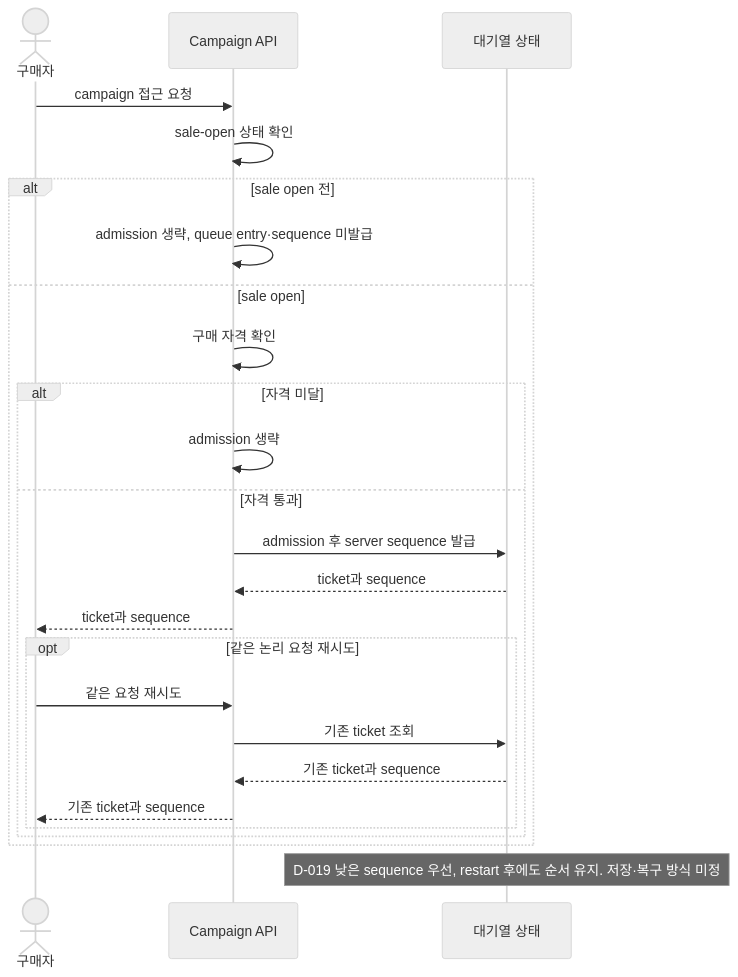
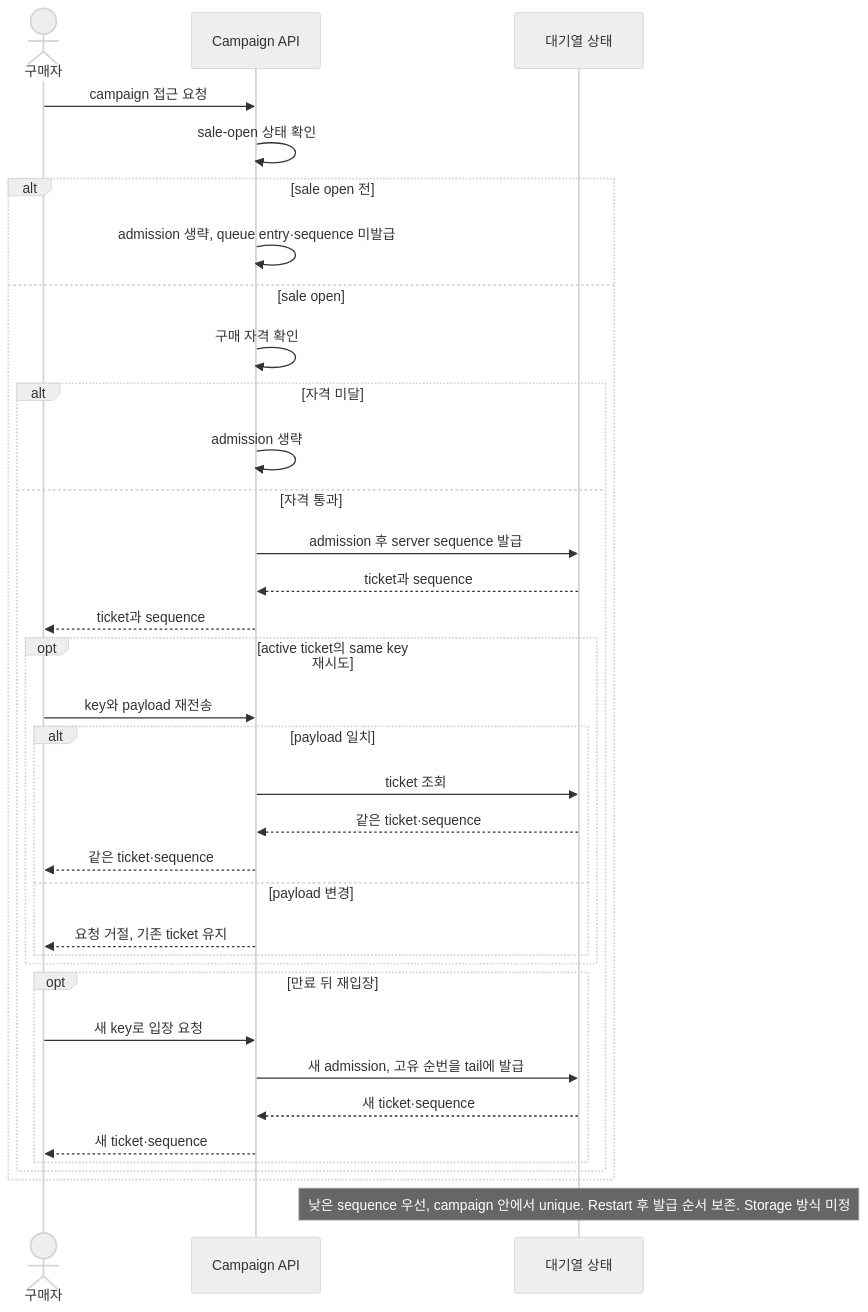
One commit to Neo1228/ATLAS changed the first of 2 diagrams in docs/03-domain/business-rules.md. Above: the diagram before and after it, drawn with Mermaid (neutral theme). The commit also changed other lines of this file and 10 other files, not shown here.

Commit message:
docs(queue): ticket 재시도·만료 경계 기록 (#61)

````diff
--- a/docs/03-domain/business-rules.md
+++ b/docs/03-domain/business-rules.md
@@ -33,27 +33,37 @@
 ```mermaid
 sequenceDiagram
     actor Buyer as 구매자
     participant API as Campaign API
     participant Queue as 대기열 상태
     Buyer->>API: campaign 접근 요청
     API->>API: sale-open 상태 확인
     alt sale open 전
         API->>API: admission 생략, queue entry·sequence 미발급
     else sale open
         API->>API: 구매 자격 확인
         alt 자격 미달
             API->>API: admission 생략
         else 자격 통과
             API->>Queue: admission 후 server sequence 발급
             Queue-->>API: ticket과 sequence
             API-->>Buyer: ticket과 sequence
-            opt 같은 논리 요청 재시도
-                Buyer->>API: 같은 요청 재시도
-                API->>Queue: 기존 ticket 조회
-                Queue-->>API: 기존 ticket과 sequence
-                API-->>Buyer: 기존 ticket과 sequence
+            opt active ticket의 same key 재시도
+                Buyer->>API: key와 payload 재전송
+                alt payload 일치
+                    API->>Queue: ticket 조회
+                    Queue-->>API: 같은 ticket·sequence
+                    API-->>Buyer: 같은 ticket·sequence
+                else payload 변경
+                    API-->>Buyer: 요청 거절, 기존 ticket 유지
+                end
+            end
+            opt 만료 뒤 재입장
+                Buyer->>API: 새 key로 입장 요청
+                API->>Queue: 새 admission, 고유 순번을 tail에 발급
+                Queue-->>API: 새 ticket·sequence
+                API-->>Buyer: 새 ticket·sequence
             end
         end
     end
-    Note over Queue: D-019 낮은 sequence 우선, restart 후에도 순서 유지. 저장·복구 방식 미정
+    Note over Queue: 낮은 sequence 우선, campaign 안에서 unique. Restart 후 발급 순서 보존. Storage 방식 미정
 ```
````
